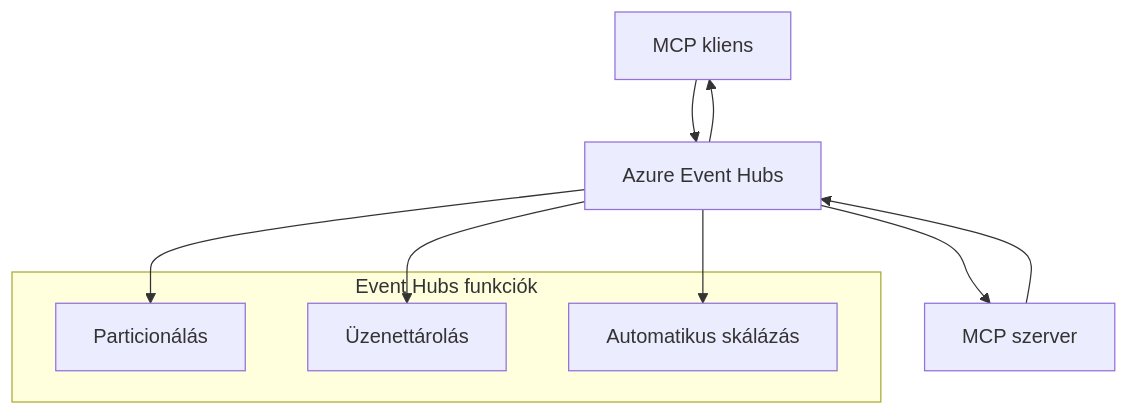
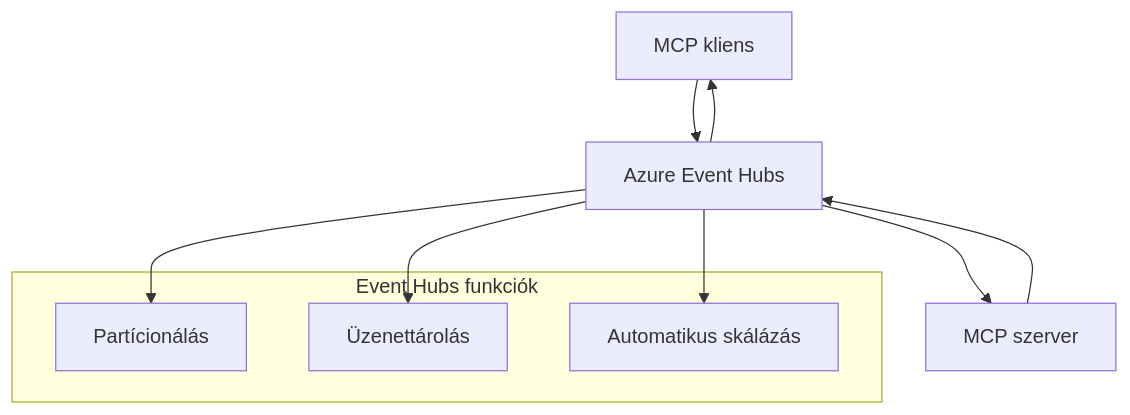
One commit to HIDORAKAI002/ai-workspace-archive changed the second of 2 diagrams in mcp_ecosystem__model_context_protocol/mcp_learning_resources/mcp-for-beginners/translations/hu/05-AdvancedTopics/mcp-transport/README.md. Above: the diagram before and after it, drawn with Mermaid. The commit also changed other lines of this file and 1539 other files, not shown here.

````diff
--- a/mcp_ecosystem__model_context_protocol/mcp_learning_resources/mcp-for-beginners/translations/hu/05-AdvancedTopics/mcp-transport/README.md
+++ b/mcp_ecosystem__model_context_protocol/mcp_learning_resources/mcp-for-beginners/translations/hu/05-AdvancedTopics/mcp-transport/README.md
@@ -269,17 +270,17 @@
 ```mermaid
 graph TB
     Client[MCP kliens] --> EH[Azure Event Hubs]
     EH --> Server[MCP szerver]
     Server --> EH
     EH --> Client
     
     subgraph "Event Hubs funkciók"
-        Partition[Particionálás]
+        Partition[Partícionálás]
         Retention[Üzenettárolás]
         Scaling[Automatikus skálázás]
     end
     
     EH --> Partition
     EH --> Retention
     EH --> Scaling
 ```
````
